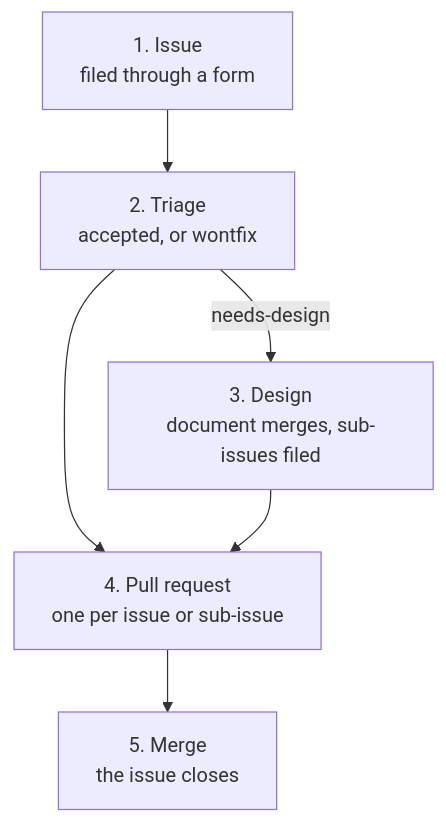
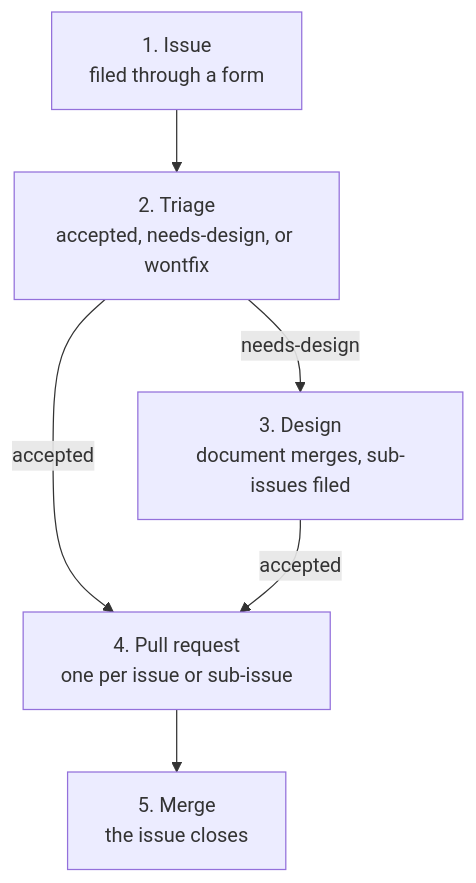
Before and after one commit to Kinference-AI/kinference: the diagram in docs/workflow.md, drawn with Mermaid. The commit also changed other lines of this file, not shown here.

Commit message:
fixup! Describe the contribution workflow from an issue to a merge

````diff
--- a/docs/workflow.md
+++ b/docs/workflow.md
@@ -15,8 +15,8 @@
 ```mermaid
 flowchart TD
-    I["1. Issue<br/>filed through a form"] --> T["2. Triage<br/>accepted, or wontfix"]
+    I["1. Issue<br/>filed through a form"] --> T["2. Triage<br/>accepted, needs-design, or wontfix"]
     T -->|needs-design| D["3. Design<br/>document merges, sub-issues filed"]
-    T --> P["4. Pull request<br/>one per issue or sub-issue"]
-    D --> P
+    T -->|accepted| P["4. Pull request<br/>one per issue or sub-issue"]
+    D -->|accepted| P
     P --> M["5. Merge<br/>the issue closes"]
 ```
````
